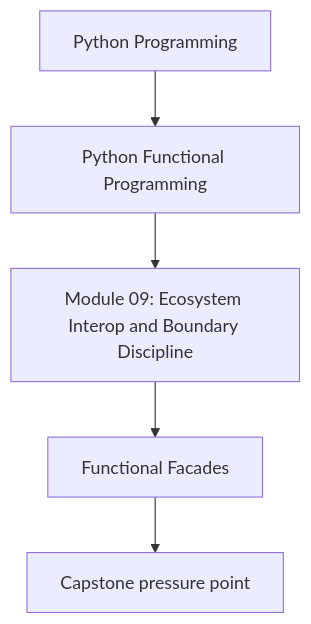
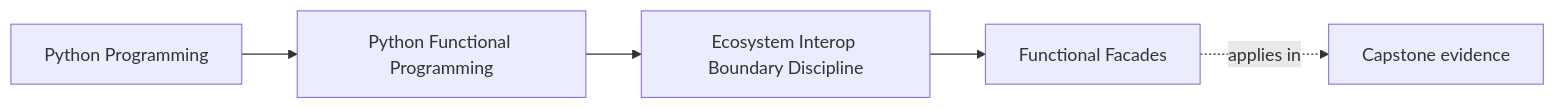
The first of 2 diagrams in programs/python-programming/python-functional-programming/course-book/module-09-ecosystem-interop-boundary-discipline/functional-facades.md (bijux/bijux-masterclass), drawn with Mermaid before and after one commit. The commit also changed other lines of this file and 108 other files, not shown here.

Commit message:
docs(python-functional-programming): map capstone and advanced design surfaces

````diff
--- a/programs/python-programming/python-functional-programming/course-book/module-09-ecosystem-interop-boundary-discipline/functional-facades.md
+++ b/programs/python-programming/python-functional-programming/course-book/module-09-ecosystem-interop-boundary-discipline/functional-facades.md
@@ -6,7 +6,11 @@
 ```mermaid
-flowchart TD
-  family["Python Programming"] --> program["Python Functional Programming"]
-  program --> module["Module 09: Ecosystem Interop and Boundary Discipline"]
-  module --> concept["Functional Facades"]
-  concept --> capstone["Capstone pressure point"]
+graph LR
+  family["Python Programming"]
+  program["Python Functional Programming"]
+  section["Ecosystem Interop Boundary Discipline"]
+  page["Functional Facades"]
+  capstone["Capstone evidence"]
+
+  family --> program --> section --> page
+  page -.applies in.-> capstone
 ```
````
